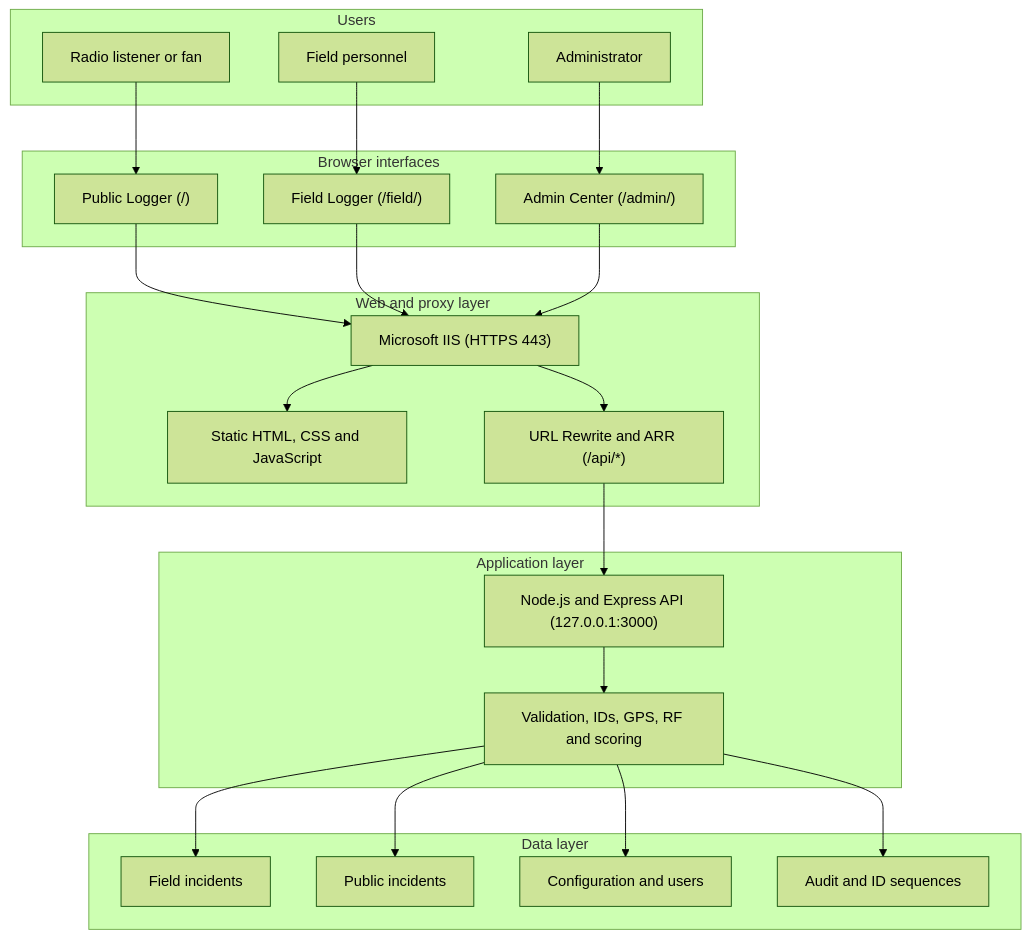
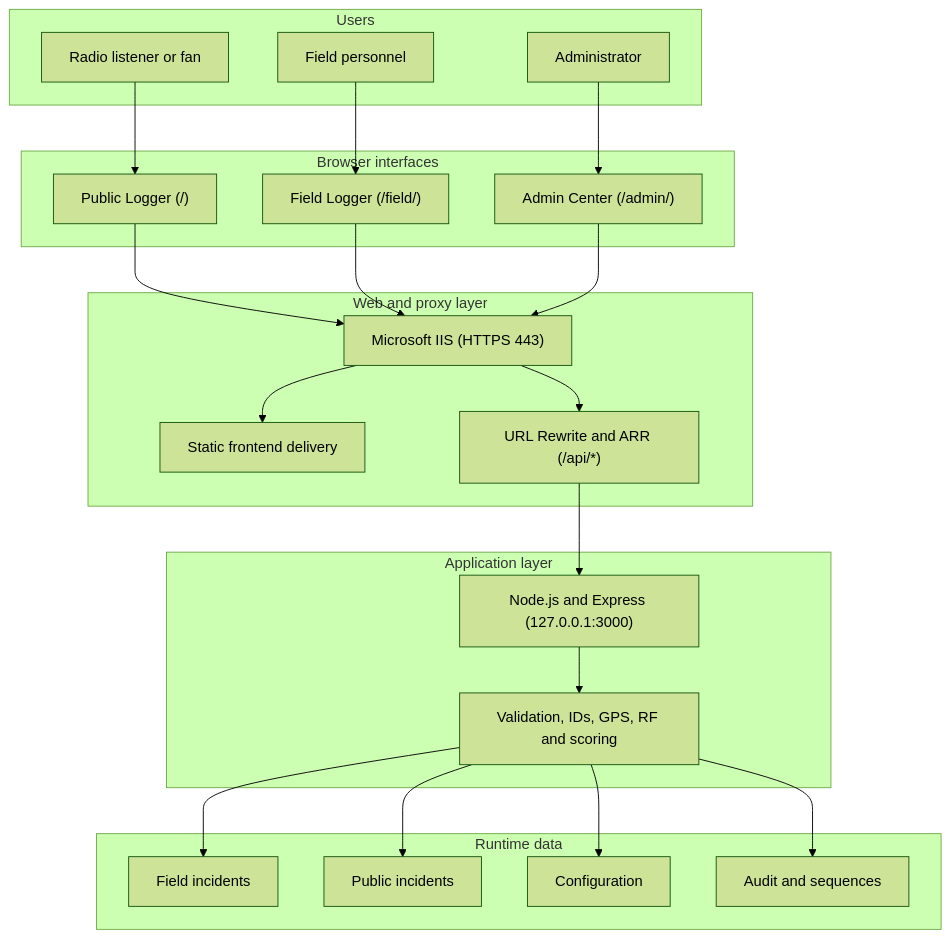
Before and after one commit to yo-fola/mbi-signal-logger: the diagram in README.md, drawn with Mermaid (forest theme). The commit also changed other lines of this file and 5 other files, not shown here.

````diff
--- a/README.md
+++ b/README.md
@@ -68,50 +84,47 @@
 ```mermaid
 flowchart TB
     subgraph Users["Users"]
         L["Radio listener or fan"]
         F["Field personnel"]
         A["Administrator"]
     end
 
     subgraph Interfaces["Browser interfaces"]
         P["Public Logger (/)"]
         E["Field Logger (/field/)"]
         C["Admin Center (/admin/)"]
     end
 
     subgraph Web["Web and proxy layer"]
         IIS["Microsoft IIS (HTTPS 443)"]
-        STATIC["Static HTML, CSS and JavaScript"]
+        STATIC["Static frontend delivery"]
         ARR["URL Rewrite and ARR (/api/*)"]
     end
 
     subgraph Application["Application layer"]
-        API["Node.js and Express API (127.0.0.1:3000)"]
+        API["Node.js and Express (127.0.0.1:3000)"]
         LOGIC["Validation, IDs, GPS, RF and scoring"]
     end
 
-    subgraph Data["Data layer"]
+    subgraph Data["Runtime data"]
         FIELD["Field incidents"]
         PUBLIC["Public incidents"]
-        CONFIG["Configuration and users"]
-        AUDIT["Audit and ID sequences"]
+        CONFIG["Configuration"]
+        AUDIT["Audit and sequences"]
     end
 
     L --> P
     F --> E
     A --> C
-
     P --> IIS
     E --> IIS
     C --> IIS
-
     IIS --> STATIC
     IIS --> ARR
     ARR --> API
     API --> LOGIC
-
     LOGIC --> FIELD
     LOGIC --> PUBLIC
     LOGIC --> CONFIG
     LOGIC --> AUDIT
 ```
````
